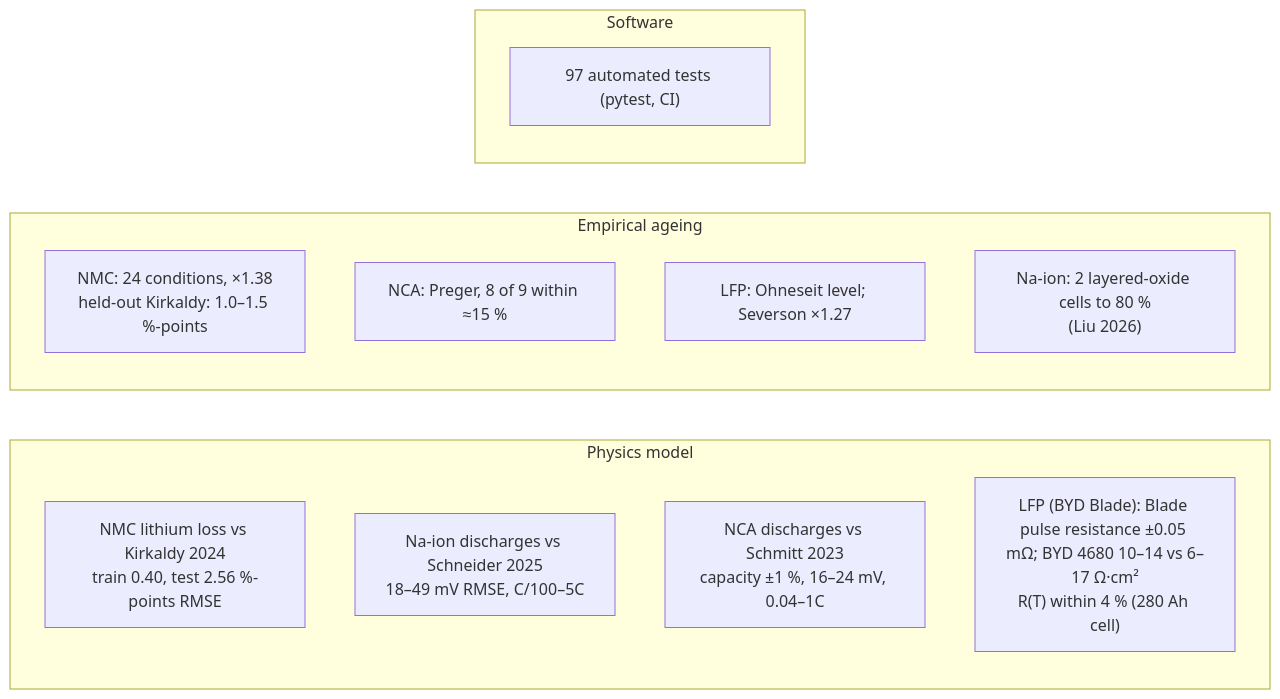
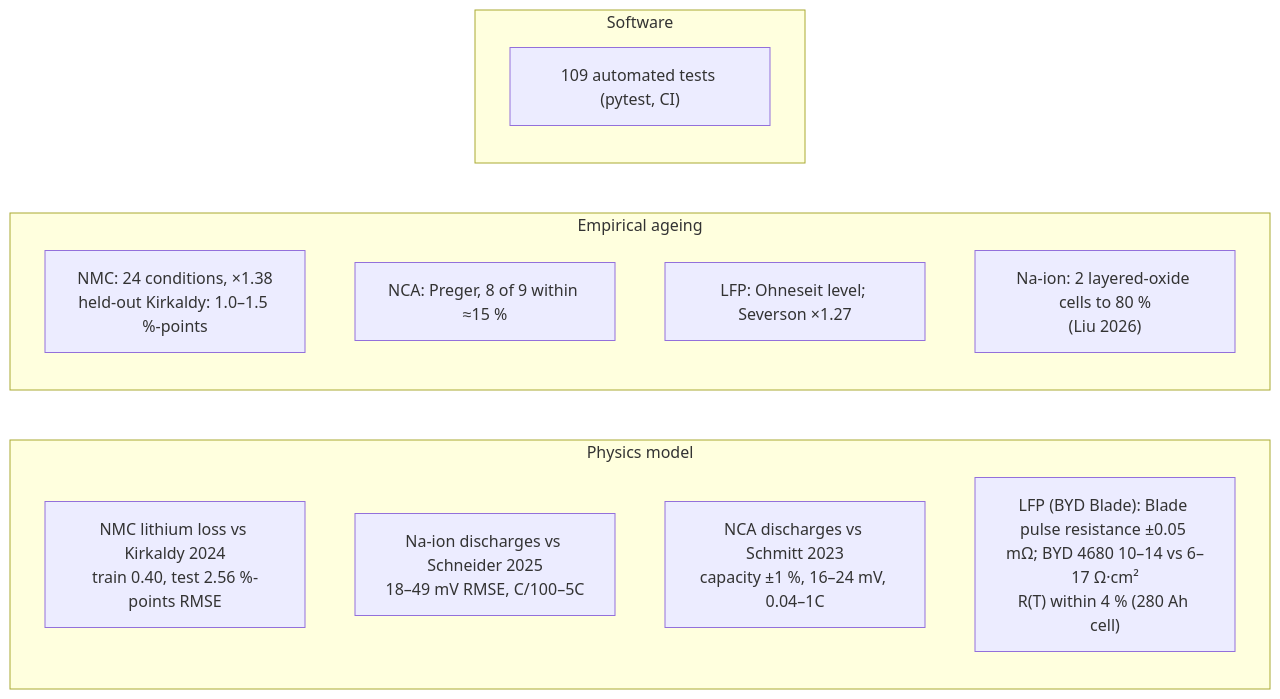
Before and after one commit to TheJohn01/DigitalTwinBattery: diagram 12 of 12 in README.md, drawn with Mermaid. The commit also changed other lines of this file and 12 other files, not shown here.

````diff
--- a/README.md
+++ b/README.md
@@ -1491,18 +1542,18 @@
 ```mermaid
 flowchart LR
     subgraph PHY["Physics model"]
         V1["NMC lithium loss vs Kirkaldy 2024<br/>train 0.40, test 2.56 %-points RMSE"]
         V0["Na-ion discharges vs Schneider 2025<br/>18–49 mV RMSE, C/100–5C"]
         V7["NCA discharges vs Schmitt 2023<br/>capacity ±1 %, 16–24 mV, 0.04–1C"]
         V8["LFP (BYD Blade): Blade pulse resistance ±0.05 mΩ; BYD 4680 10–14 vs 6–17 Ω·cm²<br/>R(T) within 4 % (280 Ah cell)"]
     end
     subgraph EMP["Empirical ageing"]
         V2["NMC: 24 conditions, ×1.38<br/>held-out Kirkaldy: 1.0–1.5 %-points"]
         V3["NCA: Preger, 8 of 9 within ≈15 %"]
         V4["LFP: Ohneseit level; Severson ×1.27"]
         V5["Na-ion: 2 layered-oxide cells to 80 %<br/>(Liu 2026)"]
     end
     subgraph SW["Software"]
-        V6["97 automated tests (pytest, CI)"]
+        V6["109 automated tests (pytest, CI)"]
     end
 ```
````
